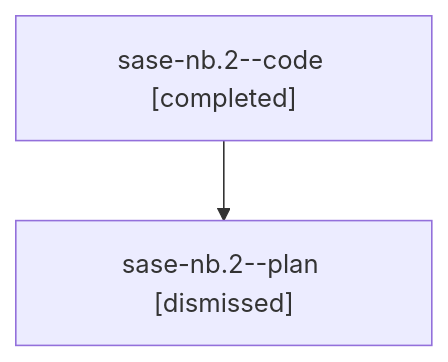
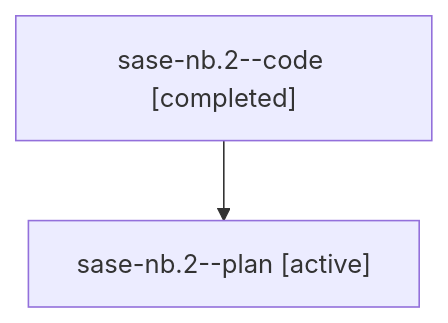
The diagram in families/bbugyi200.athena.sase-nb.2.md (sase-org/sase--agents), drawn with Mermaid before and after one commit. The commit also changed other lines of this file and 35830 other files, not shown here.

````diff
--- a/families/bbugyi200.athena.sase-nb.2.md
+++ b/families/bbugyi200.athena.sase-nb.2.md
@@ -9,6 +9,6 @@
 ```mermaid
 flowchart TD
   n0["sase-nb.2--code [completed]"]
-  n1["sase-nb.2--plan [dismissed]"]
+  n1["sase-nb.2--plan [active]"]
   n0 --> n1
 ```
````
